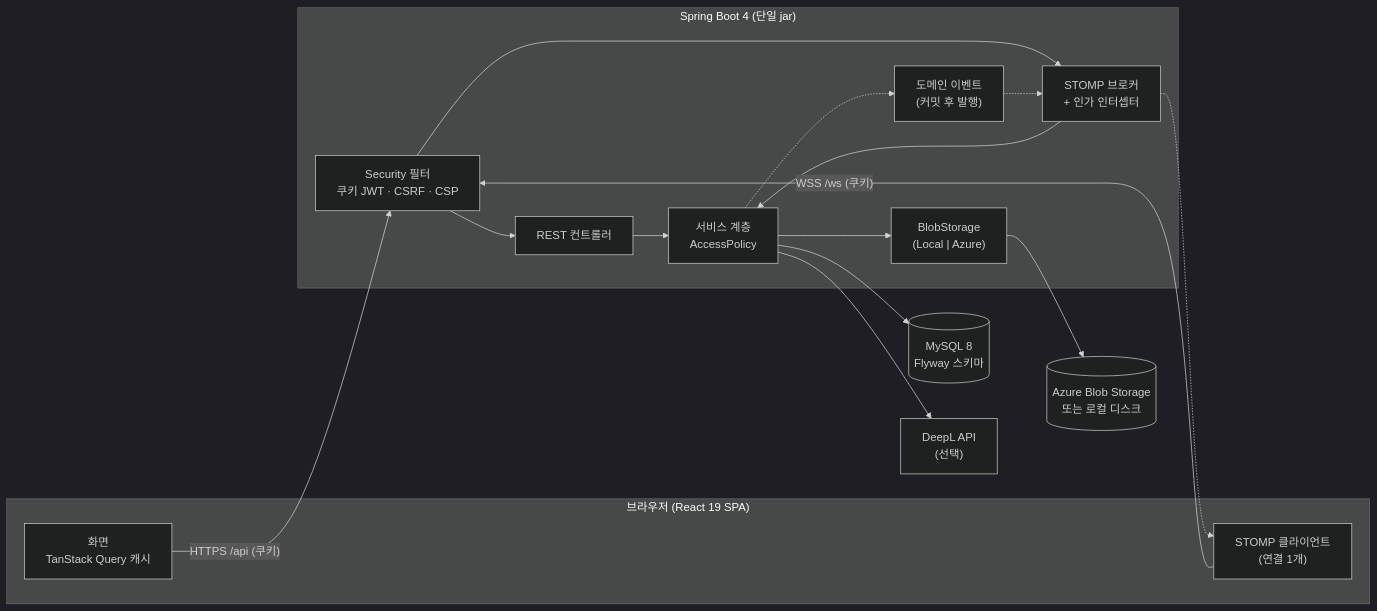
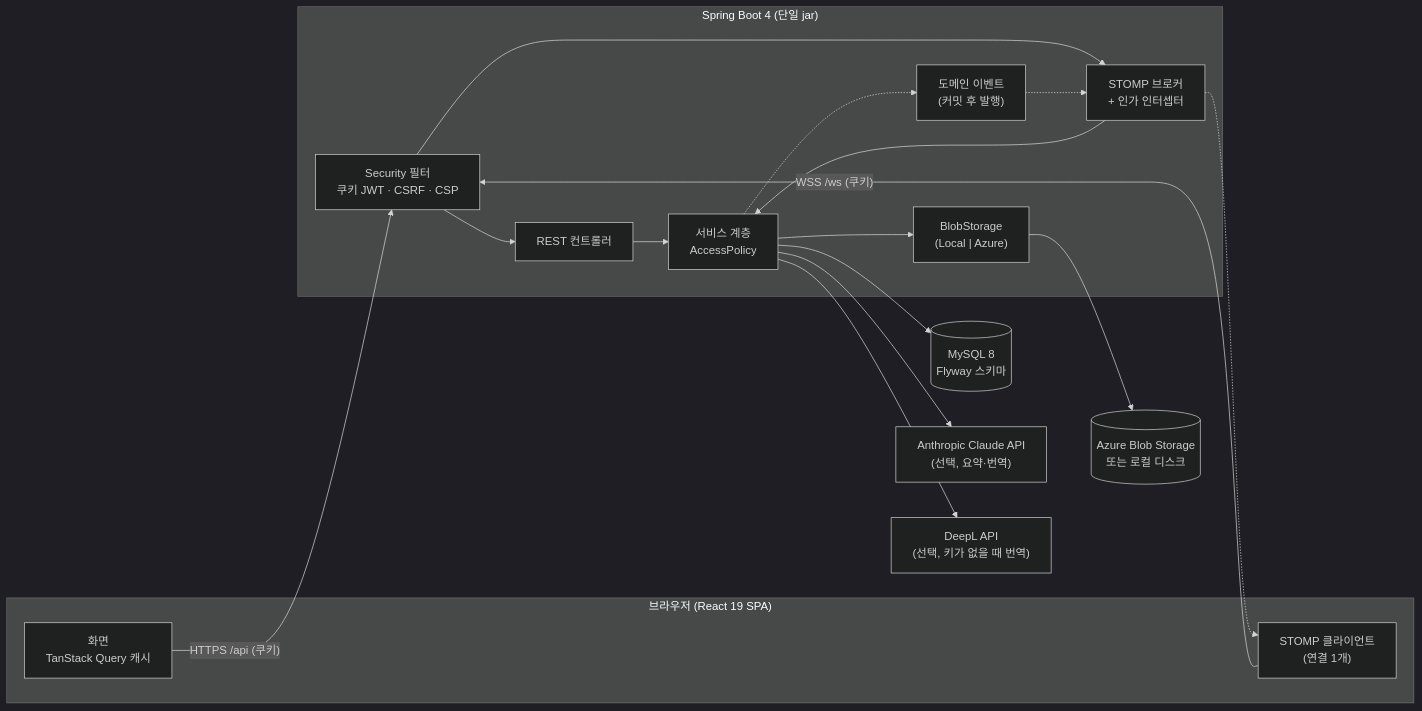
The first of 4 diagrams in docs/ARCHITECTURE.md (Jinyoung-Kang/Web_Smartcollab_Project_2025_v2), drawn with Mermaid (dark theme) before and after one commit. The commit also changed other lines of this file and 10 other files, not shown here.

First line of the commit message:
문서: Claude 문서 요약·번역 — ADR-0011, API·배포·보안·시험 갱신

````diff
--- a/docs/ARCHITECTURE.md
+++ b/docs/ARCHITECTURE.md
@@ -5,27 +5,29 @@
 ```mermaid
 flowchart LR
     subgraph Browser["브라우저 (React 19 SPA)"]
         UI["화면<br/>TanStack Query 캐시"]
         WS["STOMP 클라이언트<br/>(연결 1개)"]
     end
 
     subgraph App["Spring Boot 4 (단일 jar)"]
         SEC["Security 필터<br/>쿠키 JWT · CSRF · CSP"]
         API["REST 컨트롤러"]
         STOMP["STOMP 브로커<br/>+ 인가 인터셉터"]
         SVC["서비스 계층<br/>AccessPolicy"]
         EVT["도메인 이벤트<br/>(커밋 후 발행)"]
         STO["BlobStorage<br/>(Local | Azure)"]
     end
 
     DB[("MySQL 8<br/>Flyway 스키마")]
     BLOB[("Azure Blob Storage<br/>또는 로컬 디스크")]
-    DEEPL["DeepL API<br/>(선택)"]
+    CLAUDE["Anthropic Claude API<br/>(선택, 요약·번역)"]
+    DEEPL["DeepL API<br/>(선택, 키가 없을 때 번역)"]
 
     UI -- "HTTPS /api (쿠키)" --> SEC --> API --> SVC
     WS -- "WSS /ws (쿠키)" --> SEC --> STOMP --> SVC
     SVC --> DB
     SVC --> STO --> BLOB
     SVC -.-> EVT -.-> STOMP -.-> WS
+    SVC --> CLAUDE
     SVC --> DEEPL
 ```
````
